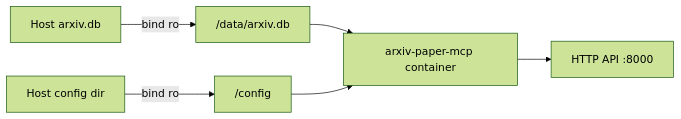
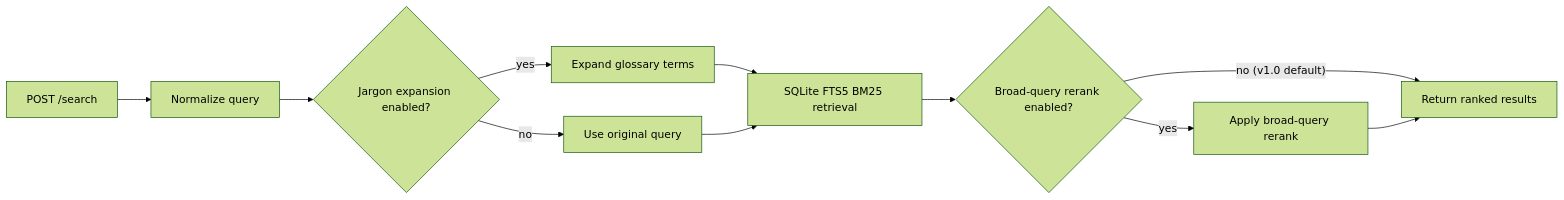
One commit to mitchins/arxiv-paper-mcp changed the diagram in README.md. Above: the diagram before and after it, drawn with Mermaid (forest theme). The commit also changed other lines of this file, not shown here.

Commit message:
Docs: replace runtime map with search flow diagram (#9)

````diff
--- a/README.md
+++ b/README.md
@@ -41,8 +41,13 @@
 ```mermaid
 flowchart LR
-  A["Host arxiv.db"] -->|"bind ro"| B["/data/arxiv.db"]
-  C["Host config dir"] -->|"bind ro"| D["/config"]
-  B --> E["arxiv-paper-mcp container"]
-  D --> E
-  E --> F["HTTP API :8000"]
+  Q["POST /search"] --> N["Normalize query"]
+  N --> J{"Jargon expansion enabled?"}
+  J -->|"yes"| E["Expand glossary terms"]
+  J -->|"no"| O["Use original query"]
+  E --> F["SQLite FTS5 BM25 retrieval"]
+  O --> F
+  F --> B{"Broad-query rerank enabled?"}
+  B -->|"no (v1.0 default)"| R["Return ranked results"]
+  B -->|"yes"| X["Apply broad-query rerank"]
+  X --> R
 ```
````
